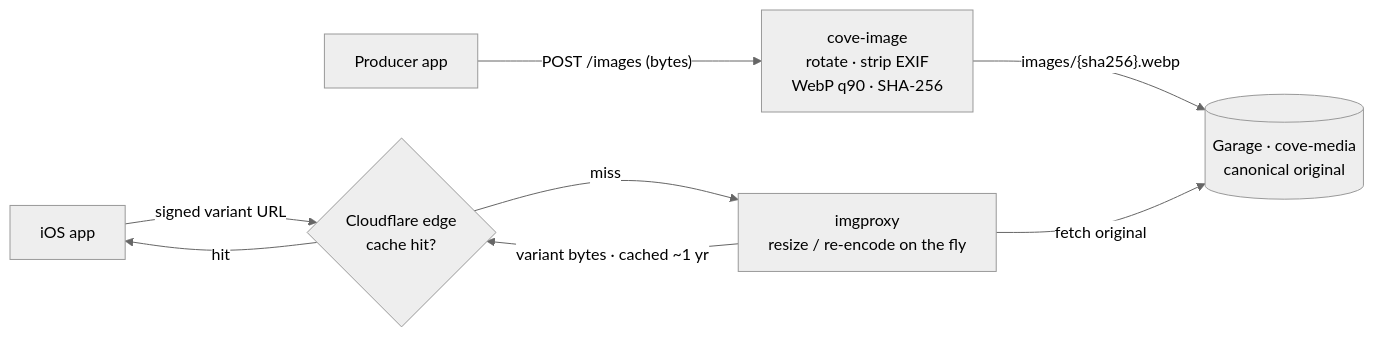
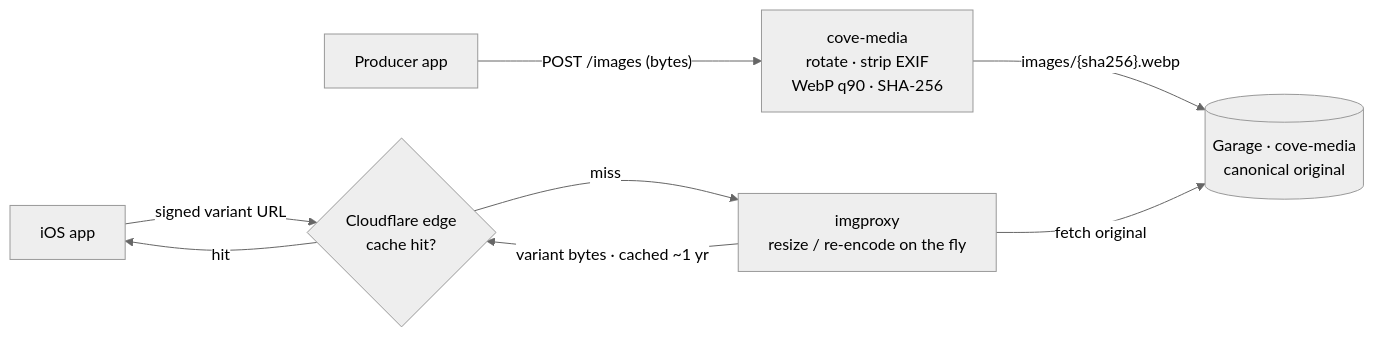
The diagram in docs/MEDIA_ARCHITECTURE.md (danicajiao/cove), drawn with Mermaid (neutral theme) before and after one commit. The commit also changed other lines of this file and 20 other files, not shown here.

First line of the commit message:
Rename cove-image to cove-media

````diff
--- a/docs/MEDIA_ARCHITECTURE.md
+++ b/docs/MEDIA_ARCHITECTURE.md
@@ -61,10 +61,10 @@
 ```mermaid
 flowchart LR
-    Producer["Producer app"] -->|"POST /images (bytes)"| CImg["cove-image<br/>rotate · strip EXIF<br/>WebP q90 · SHA-256"]
+    Producer["Producer app"] -->|"POST /images (bytes)"| CImg["cove-media<br/>rotate · strip EXIF<br/>WebP q90 · SHA-256"]
     CImg -->|"images/{sha256}.webp"| Garage[("Garage · cove-media<br/>canonical original")]
     Client["iOS app"] -->|"signed variant URL"| CF{"Cloudflare edge<br/>cache hit?"}
     CF -->|hit| Client
     CF -->|miss| IMG["imgproxy<br/>resize / re-encode on the fly"]
     IMG -->|"fetch original"| Garage
     IMG -->|"variant bytes · cached ~1 yr"| CF
 ```
````
